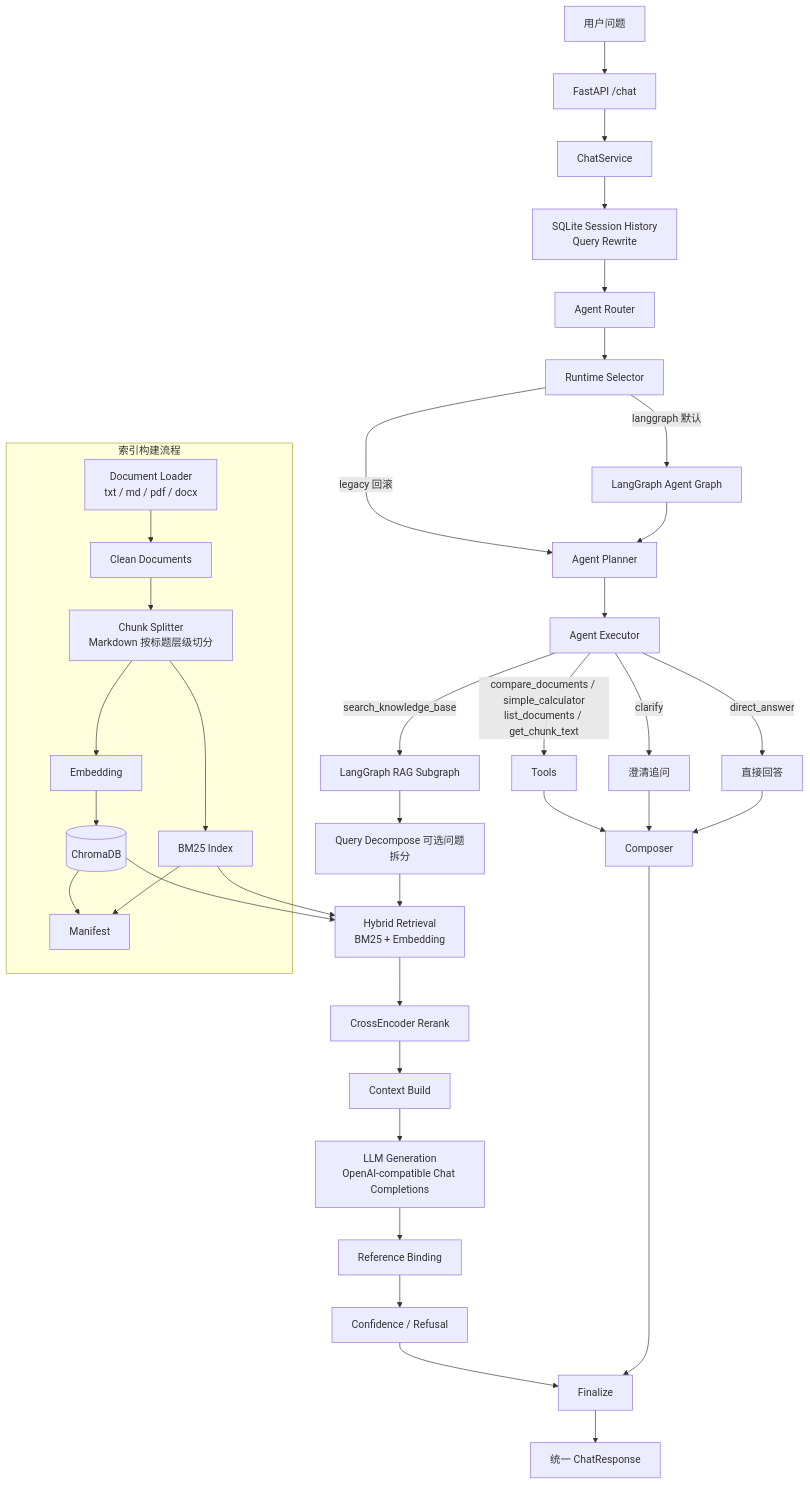
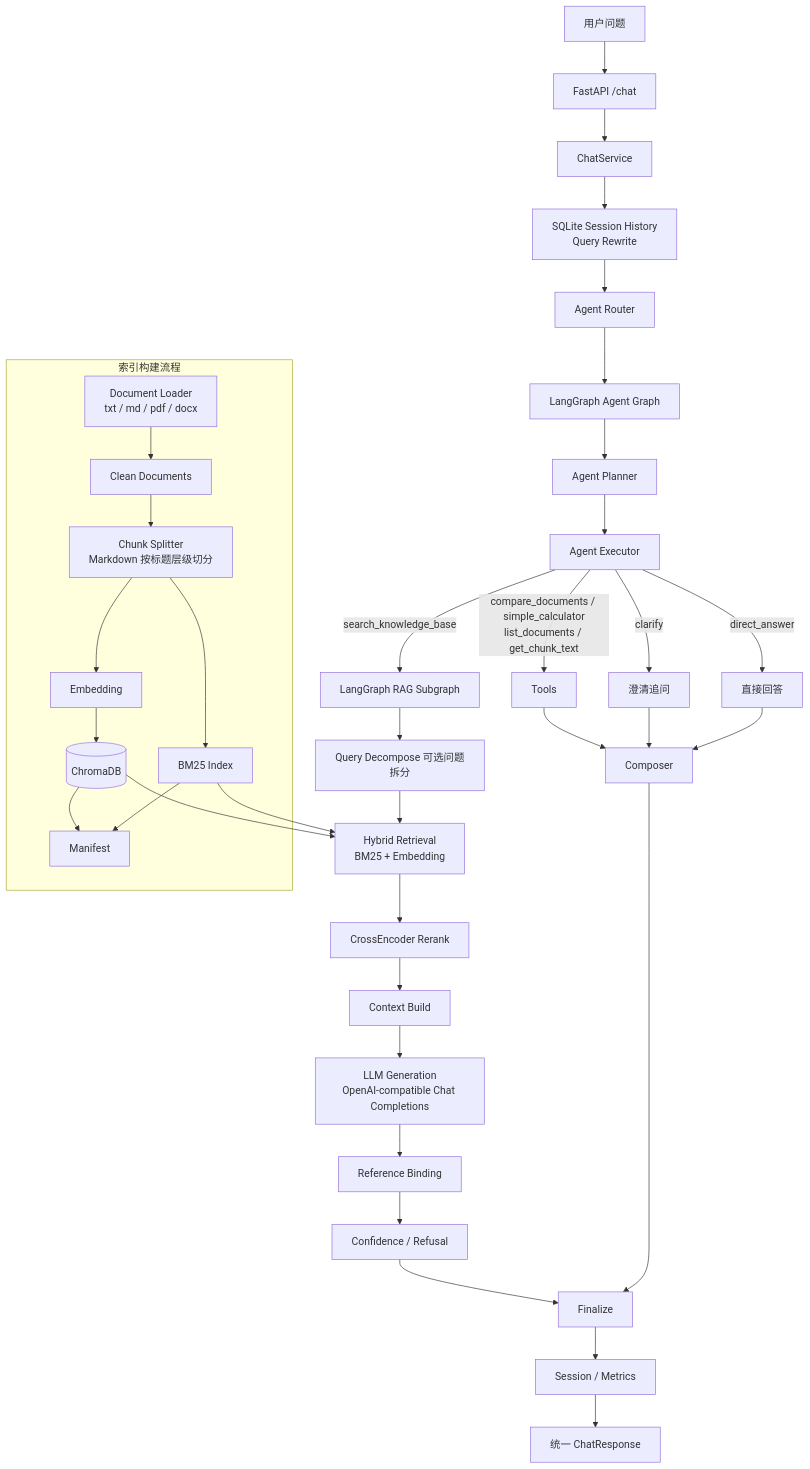
Before and after one commit to LiBoEN123/rag-agent-qa-system: the diagram in README.md, drawn with Mermaid. The commit also changed other lines of this file and 30 other files, not shown here.

Commit message:
彻底删除 Legacy Agent Runtime，将 LangGraph 设为唯一 Agent Runtime。

````diff
--- a/README.md
+++ b/README.md
@@ -24,43 +24,42 @@
 ```mermaid
 flowchart TD
     U[用户问题] --> API[FastAPI /chat]
     API --> Service[ChatService]
     Service --> QR[SQLite Session History<br/>Query Rewrite]
     QR --> Router[Agent Router]
-    Router --> Selector[Runtime Selector]
-    Selector -->|langgraph 默认| Graph[LangGraph Agent Graph]
-    Selector -->|legacy 回滚| Planner
+    Router --> Graph[LangGraph Agent Graph]
     Graph --> Planner[Agent Planner]
     Planner --> Executor[Agent Executor]
     Executor -->|search_knowledge_base| RAG[LangGraph RAG Subgraph]
     Executor -->|compare_documents / simple_calculator<br/>list_documents / get_chunk_text| Tools[Tools]
     Executor -->|clarify| Clarify[澄清追问]
     Executor -->|direct_answer| Direct[直接回答]
 
     RAG --> QD[Query Decompose 可选问题拆分]
     QD --> HR[Hybrid Retrieval<br/>BM25 + Embedding]
     HR --> RR[CrossEncoder Rerank]
     RR --> CB[Context Build]
     CB --> LLM[LLM Generation<br/>OpenAI-compatible Chat Completions]
     LLM --> RB[Reference Binding]
     RB --> Guard[Confidence / Refusal]
     Guard --> Finalize[Finalize]
 
     subgraph Indexing[索引构建流程]
         DL[Document Loader<br/>txt / md / pdf / docx] --> CL[Clean Documents]
         CL --> CS[Chunk Splitter<br/>Markdown 按标题层级切分]
         CS --> EMB[Embedding]
         EMB --> Chroma[(ChromaDB)]
         CS --> BM25[BM25 Index]
         Chroma --> Manifest[Manifest]
         BM25 --> Manifest
     end
 
     Chroma --> HR
     BM25 --> HR
     Tools --> Composer
     Clarify --> Composer
     Direct --> Composer
     Composer --> Finalize
-    Finalize --> Resp[统一 ChatResponse]
+    Finalize --> Store[Session / Metrics]
+    Store --> Resp[统一 ChatResponse]
 ```
````
